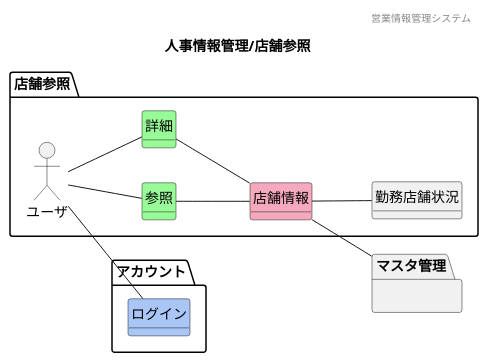
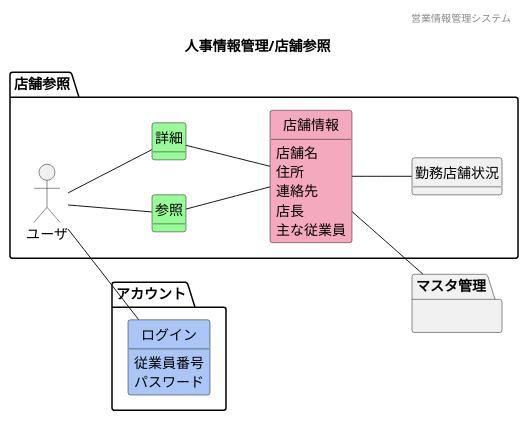
Before and after one commit to HaruShim/Sotuken: the diagram in 各種設計書/1ドメインモデル図/人事情報管理/F13店舗参照.plantuml, drawn with PlantUML. The commit also changed 13 other files, not shown here.

```diff
--- a/各種設計書/1ドメインモデル図/人事情報管理/F13店舗参照.plantuml
+++ b/各種設計書/1ドメインモデル図/人事情報管理/F13店舗参照.plantuml
@@ -1,43 +1,53 @@
 @startuml images/人事情報管理/店舗参照
 ' ヘッダー
 header 営業情報管理システム
 ' タイトル
 title 人事情報管理/店舗参照
 ' 
 hide circle
 ' 
 hide method
 left to right direction
 
 package "アカウント"{
     class "ログイン" #A9C6F6
 }
 
 package "店舗参照" {
     'ユーザや外部システム
     mix_actor "ユーザ"
     class "参照" #98fb98
     class "詳細" #98fb98
     class "店舗情報" #F5A9BC
     class "勤務店舗状況"
 }
     package "マスタ管理"{
     }
     ' class "" #F5A9BC
     ' class "" #ffd700
 
     'モデル同士の関係
     ユーザ -- 参照
     ユーザ -- 詳細
     ユーザ -- ログイン
     参照 -- 店舗情報
     詳細 -- 店舗情報
     店舗情報 -- 勤務店舗状況
     店舗情報 -- マスタ管理
 
     'ドメインクラスの属性
+    店舗情報 : 店舗名
+    店舗情報 : 住所
+    店舗情報 : 連絡先
+    店舗情報 : 店長
+    店舗情報 : 主な従業員
+    ' 勤務店舗状況 : 店舗名
+    ' 勤務店舗状況 : 従業員数
+    ' 勤務店舗状況 : 責任者
+    ログイン : 従業員番号
+    ログイン : パスワード
 
 
 
 
 @enduml
```
